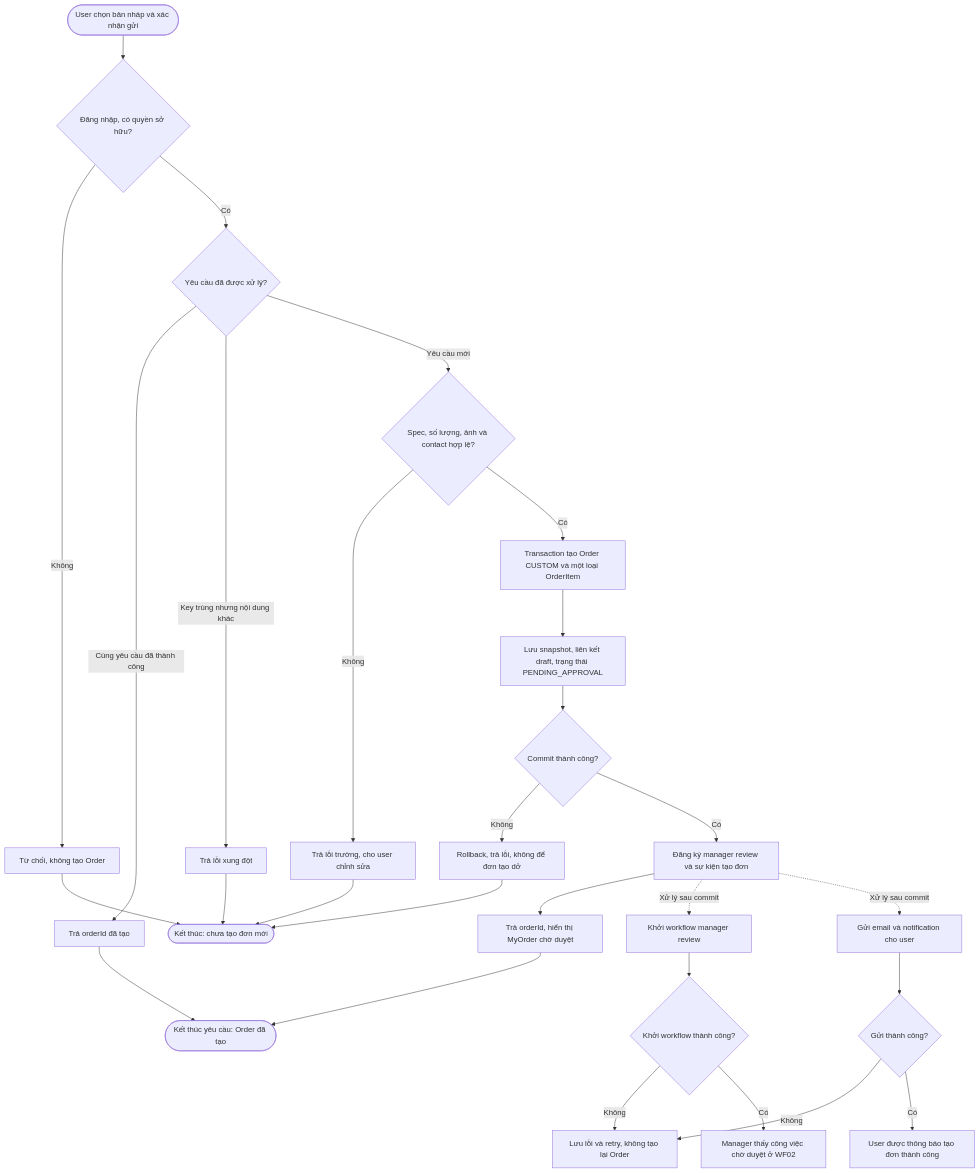
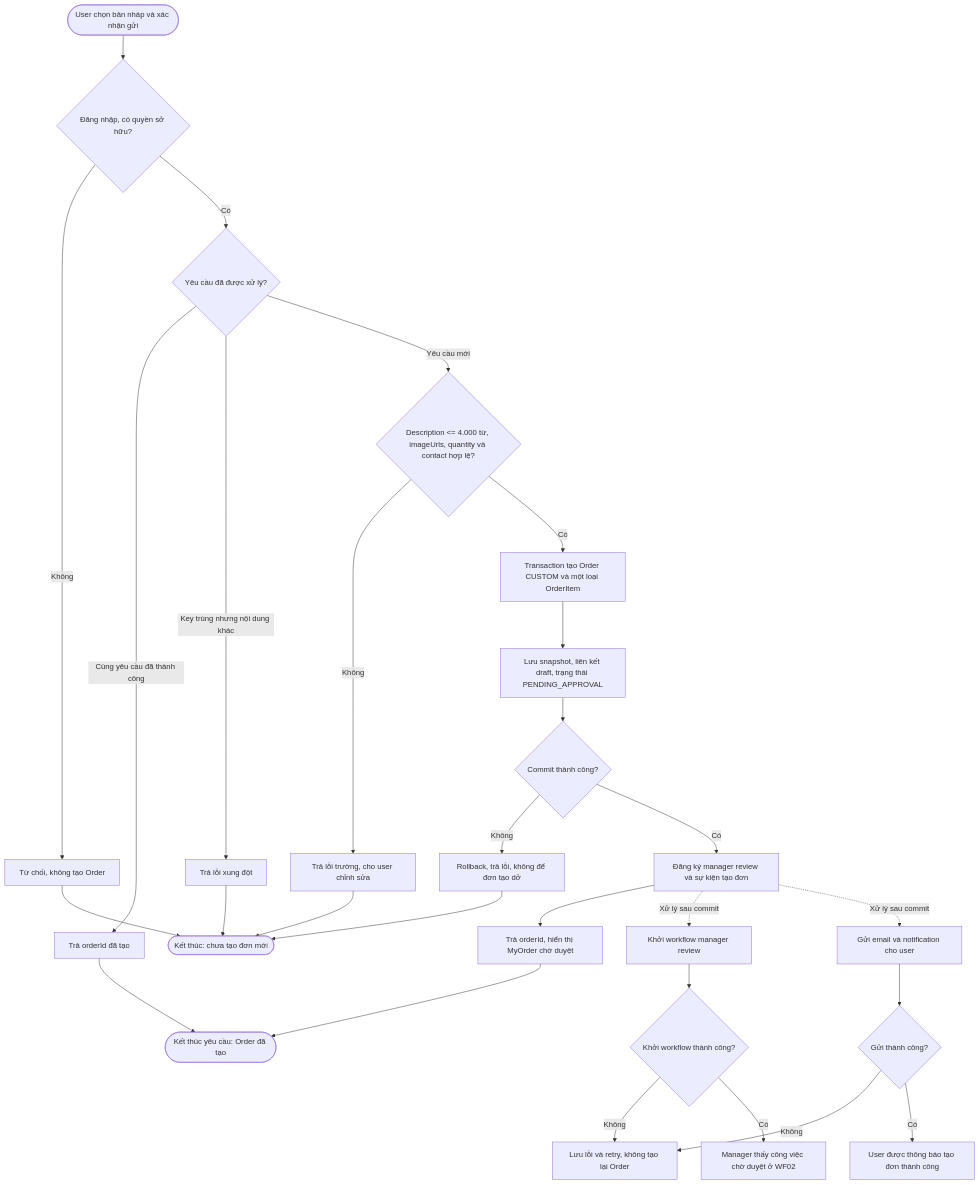
The fourth of 5 diagrams in docs/use-cases/WF01-custom-request/diagram.md (phamngoctu11/product_be), drawn with Mermaid before and after one commit. The commit also changed other lines of this file and 35 other files, not shown here.

````diff
--- a/docs/use-cases/WF01-custom-request/diagram.md
+++ b/docs/use-cases/WF01-custom-request/diagram.md
@@ -94,30 +94,30 @@
 ```mermaid
 flowchart TD
     A([User chọn bản nháp và xác nhận gửi]) --> B{Đăng nhập, có quyền sở hữu?}
     B -->|Không| X[Từ chối, không tạo Order]
     B -->|Có| C{Yêu cầu đã được xử lý?}
     C -->|Cùng yêu cầu đã thành công| D[Trả orderId đã tạo]
     C -->|Key trùng nhưng nội dung khác| E[Trả lỗi xung đột]
-    C -->|Yêu cầu mới| F{Spec, số lượng, ảnh và contact hợp lệ?}
+    C -->|Yêu cầu mới| F{Description <= 4.000 từ, imageUrls, quantity và contact hợp lệ?}
     F -->|Không| G[Trả lỗi trường, cho user chỉnh sửa]
     F -->|Có| H[Transaction tạo Order CUSTOM và một loại OrderItem]
     H --> I[Lưu snapshot, liên kết draft, trạng thái PENDING_APPROVAL]
     I --> J{Commit thành công?}
     J -->|Không| K[Rollback, trả lỗi, không để đơn tạo dở]
     J -->|Có| L[Đăng ký manager review và sự kiện tạo đơn]
     L --> M[Trả orderId, hiển thị MyOrder chờ duyệt]
     L -. Xử lý sau commit .-> N[Khởi workflow manager review]
     L -. Xử lý sau commit .-> O[Gửi email và notification cho user]
     N --> P{Khởi workflow thành công?}
     O --> Q{Gửi thành công?}
     P -->|Không| R[Lưu lỗi và retry, không tạo lại Order]
     Q -->|Không| R
     P -->|Có| S[Manager thấy công việc chờ duyệt ở WF02]
     Q -->|Có| T[User được thông báo tạo đơn thành công]
     M --> U([Kết thúc yêu cầu: Order đã tạo])
     D --> U
     X --> V([Kết thúc: chưa tạo đơn mới])
     E --> V
     G --> V
     K --> V
 ```
````
